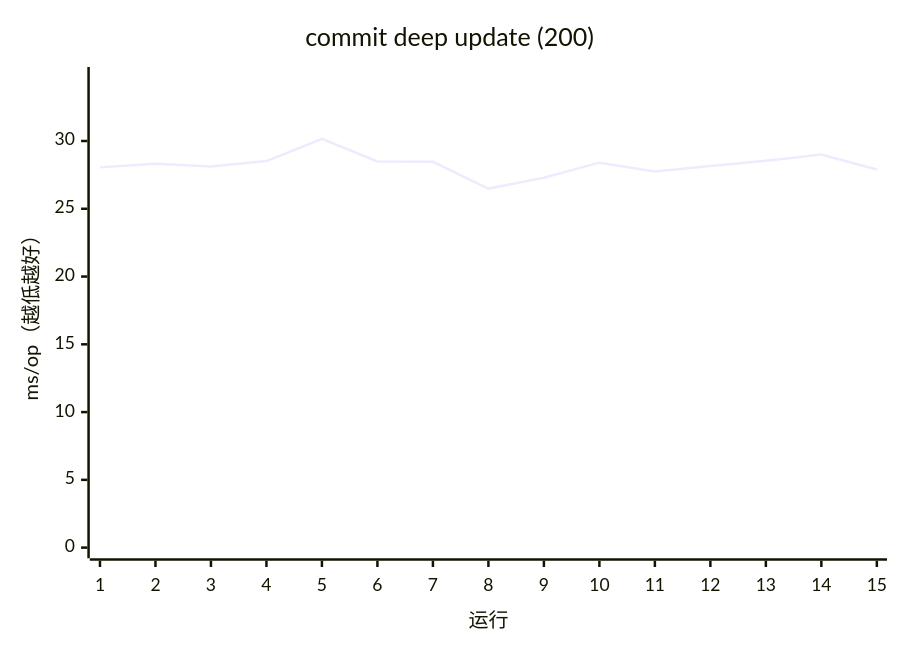
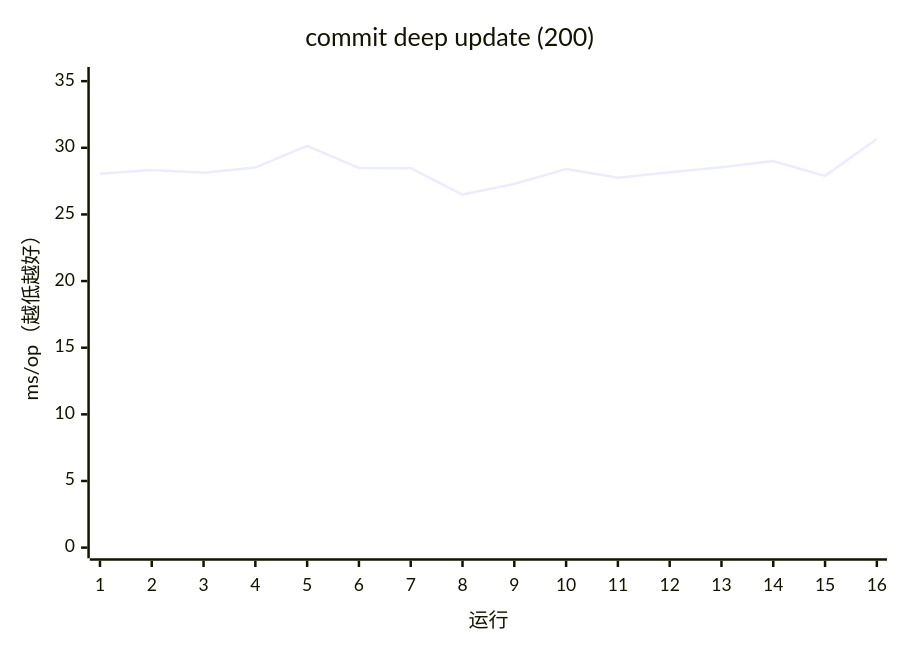
The fifth of 17 diagrams in apps/docs/src/content/docs/guides/benchmark.mdx (AIluffy/io), drawn with Mermaid before and after one commit. The commit also changed other lines of this file and 25 other files, not shown here.

````diff
--- a/apps/docs/src/content/docs/guides/benchmark.mdx
+++ b/apps/docs/src/content/docs/guides/benchmark.mdx
@@ -253,7 +236,7 @@
 ```mermaid
 xychart-beta
   title "commit deep update (200)"
-  x-axis "运行" [1, 2, 3, 4, 5, 6, 7, 8, 9, 10, 11, 12, 13, 14, 15]
-  y-axis "ms/op（越低越好）" 0 --> 34.6763
-  line [28.0546, 28.3256, 28.128, 28.518, 30.1533, 28.4924, 28.468, 26.4901, 27.2909, 28.402, 27.747, 28.1575, 28.549, 28.9993, 27.8953]
+  x-axis "运行" [1, 2, 3, 4, 5, 6, 7, 8, 9, 10, 11, 12, 13, 14, 15, 16]
+  y-axis "ms/op（越低越好）" 0 --> 35.265
+  line [28.0546, 28.3256, 28.128, 28.518, 30.1533, 28.4924, 28.468, 26.4901, 27.2909, 28.402, 27.747, 28.1575, 28.549, 28.9993, 27.8953, 30.6652]
 ```
````
